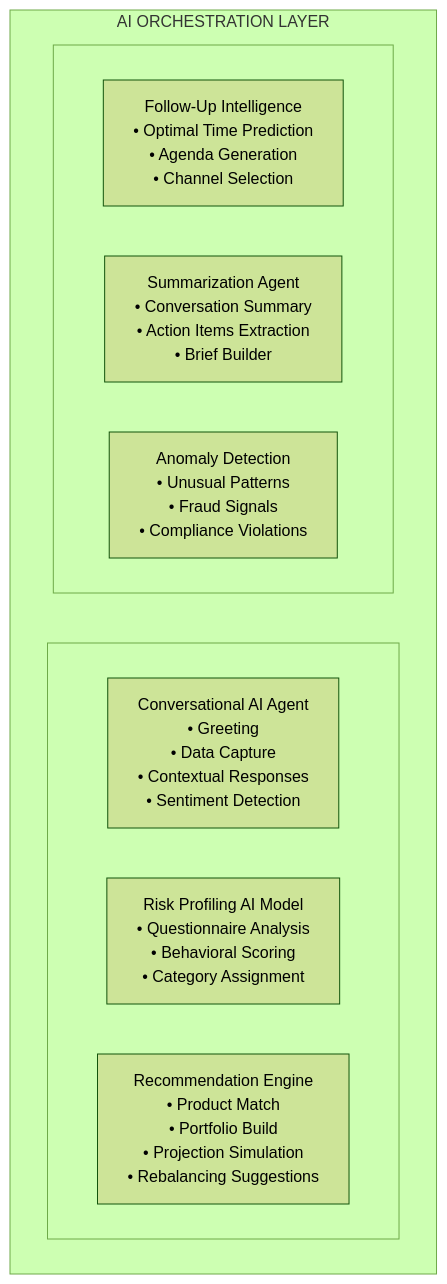
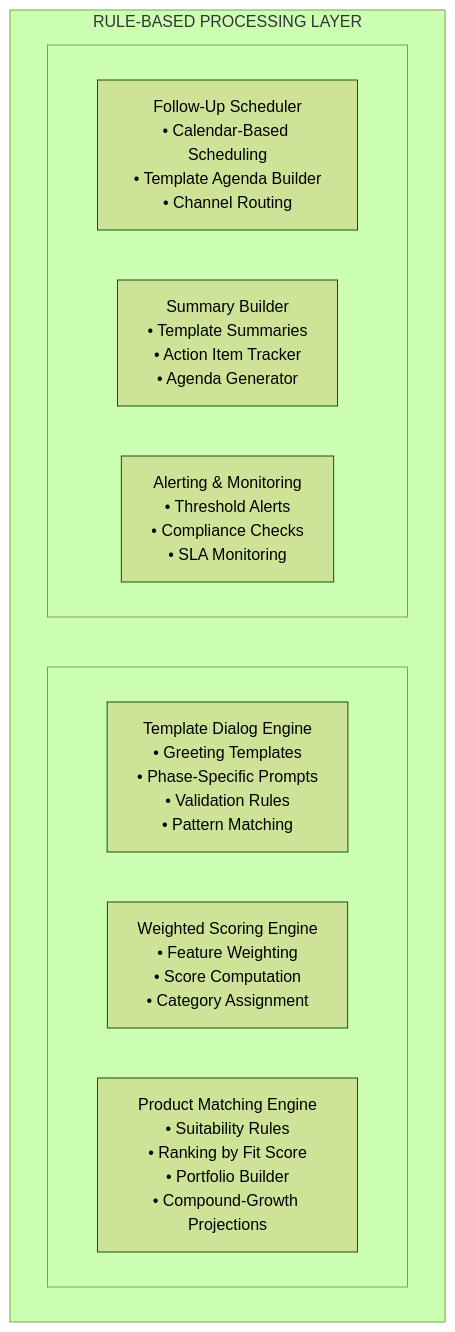
One commit to Cognition-Partner-Workshops/uc-framework-upgrade-monolith-to-microservices changed the second of 4 diagrams in docs/design/01-architecture-document.md. Above: the diagram before and after it, drawn with Mermaid (forest theme). The commit also changed other lines of this file and 4 other files, not shown here.

````diff
--- a/docs/design/01-architecture-document.md
+++ b/docs/design/01-architecture-document.md
@@ -244,17 +244,17 @@
 ```mermaid
 graph TB
-    subgraph AI_LAYER["AI ORCHESTRATION LAYER"]
+    subgraph PROC_LAYER["RULE-BASED PROCESSING LAYER"]
         subgraph ROW1[" "]
             direction LR
-            A1["Conversational AI Agent<br/>• Greeting<br/>• Data Capture<br/>• Contextual Responses<br/>• Sentiment Detection"]
-            A2["Risk Profiling AI Model<br/>• Questionnaire Analysis<br/>• Behavioral Scoring<br/>• Category Assignment"]
-            A3["Recommendation Engine<br/>• Product Match<br/>• Portfolio Build<br/>• Projection Simulation<br/>• Rebalancing Suggestions"]
+            A1["Template Dialog Engine<br/>• Greeting Templates<br/>• Phase-Specific Prompts<br/>• Validation Rules<br/>• Pattern Matching"]
+            A2["Weighted Scoring Engine<br/>• Feature Weighting<br/>• Score Computation<br/>• Category Assignment"]
+            A3["Product Matching Engine<br/>• Suitability Rules<br/>• Ranking by Fit Score<br/>• Portfolio Builder<br/>• Compound-Growth Projections"]
         end
         subgraph ROW2[" "]
             direction LR
-            A4["Follow-Up Intelligence<br/>• Optimal Time Prediction<br/>• Agenda Generation<br/>• Channel Selection"]
-            A5["Summarization Agent<br/>• Conversation Summary<br/>• Action Items Extraction<br/>• Brief Builder"]
-            A6["Anomaly Detection<br/>• Unusual Patterns<br/>• Fraud Signals<br/>• Compliance Violations"]
+            A4["Follow-Up Scheduler<br/>• Calendar-Based Scheduling<br/>• Template Agenda Builder<br/>• Channel Routing"]
+            A5["Summary Builder<br/>• Template Summaries<br/>• Action Item Tracker<br/>• Agenda Generator"]
+            A6["Alerting & Monitoring<br/>• Threshold Alerts<br/>• Compliance Checks<br/>• SLA Monitoring"]
         end
     end
 ```
````
